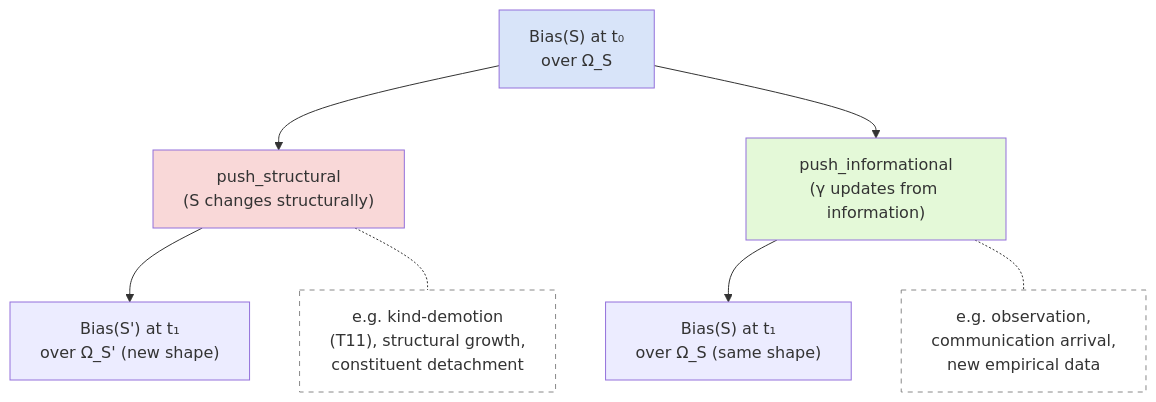
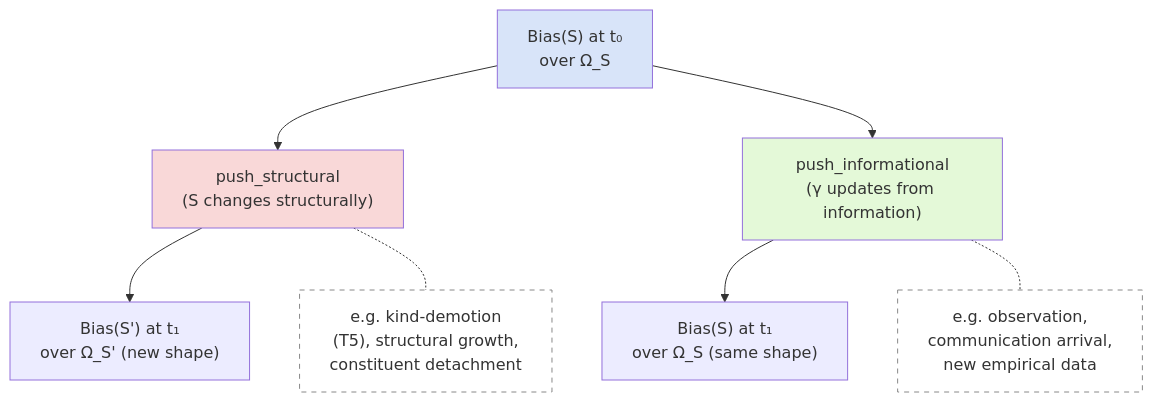
One commit to Multi-DAC/Corpus-Perspectival changed the seventh of 11 diagrams in Unreleased-Work/V4/V4-figures.md. Above: the diagram before and after it, drawn with Mermaid. The commit also changed other lines of this file and 13 other files, not shown here.

````diff
--- a/Unreleased-Work/V4/V4-figures.md
+++ b/Unreleased-Work/V4/V4-figures.md
@@ -311,28 +311,28 @@
 ```mermaid
 graph TD
     Before["Bias(S) at t₀<br/>over Ω_S"]
 
     PS_branch["push_structural<br/>(S changes structurally)"]
     PI_branch["push_informational<br/>(γ updates from information)"]
 
     After_PS["Bias(S') at t₁<br/>over Ω_S' (new shape)"]
     After_PI["Bias(S) at t₁<br/>over Ω_S (same shape)"]
 
     Before --> PS_branch
     Before --> PI_branch
 
     PS_branch --> After_PS
     PI_branch --> After_PI
 
-    Note_PS["e.g. kind-demotion<br/>(T11), structural growth,<br/>constituent detachment"]
+    Note_PS["e.g. kind-demotion<br/>(T5), structural growth,<br/>constituent detachment"]
     Note_PI["e.g. observation,<br/>communication arrival,<br/>new empirical data"]
 
     PS_branch -.- Note_PS
     PI_branch -.- Note_PI
 
     style Before fill:#d8e4f9
     style PS_branch fill:#f9d8d8
     style PI_branch fill:#e4f9d8
     style Note_PS fill:#ffffff,stroke:#888,stroke-dasharray: 5 5
     style Note_PI fill:#ffffff,stroke:#888,stroke-dasharray: 5 5
 ```
````
